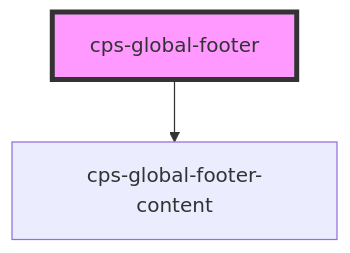
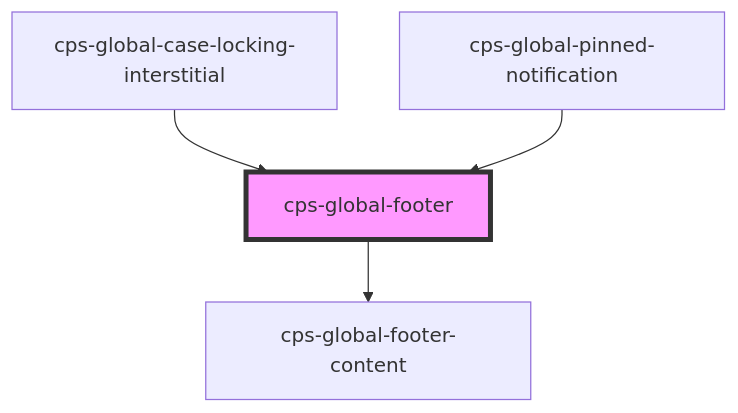
The diagram in packages/cps-global-components/src/components/cps-global-footer/readme.md (CPS-Innovation/global-components), drawn with Mermaid before and after one commit. The commit also changed other lines of this file and 14 other files, not shown here.

Commit message:
#FCT2-21274 - add interstitial and new format pinned notification (#1067)

````diff
--- a/packages/cps-global-components/src/components/cps-global-footer/readme.md
+++ b/packages/cps-global-components/src/components/cps-global-footer/readme.md
@@ -22,5 +27,7 @@
 ```mermaid
 graph TD;
   cps-global-footer --> cps-global-footer-content
+  cps-global-case-locking-interstitial --> cps-global-footer
+  cps-global-pinned-notification --> cps-global-footer
   style cps-global-footer fill:#f9f,stroke:#333,stroke-width:4px
 ```
````
